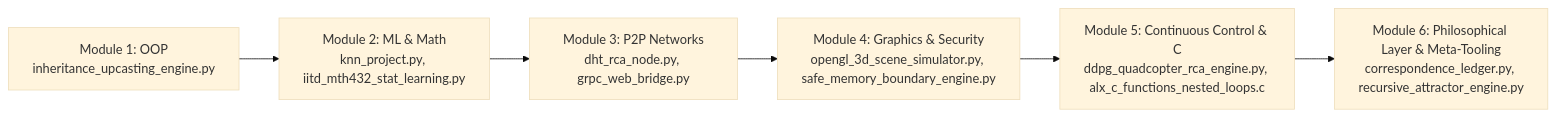
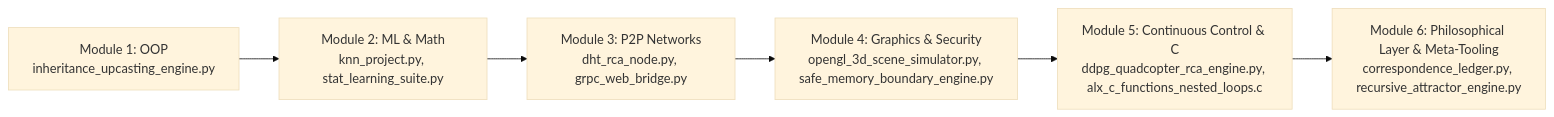
One commit to OmnisMutus/recursive-symbolics changed the diagram in corpus/studies/master_study_and_onboarding_manual.md. Above: the diagram before and after it, drawn with Mermaid (base theme). The commit also changed other lines of this file and 37 other files, not shown here.

````diff
--- a/corpus/studies/master_study_and_onboarding_manual.md
+++ b/corpus/studies/master_study_and_onboarding_manual.md
@@ -110,8 +110,8 @@
 ```mermaid
 graph LR
-    M1["Module 1: OOP<br/>inheritance_upcasting_engine.py"] --> M2["Module 2: ML & Math<br/>knn_project.py, iitd_mth432_stat_learning.py"]
+    M1["Module 1: OOP<br/>inheritance_upcasting_engine.py"] --> M2["Module 2: ML & Math<br/>knn_project.py, stat_learning_suite.py"]
     M2 --> M3["Module 3: P2P Networks<br/>dht_rca_node.py, grpc_web_bridge.py"]
     M3 --> M4["Module 4: Graphics & Security<br/>opengl_3d_scene_simulator.py, safe_memory_boundary_engine.py"]
     M4 --> M5["Module 5: Continuous Control & C<br/>ddpg_quadcopter_rca_engine.py, alx_c_functions_nested_loops.c"]
     M5 --> M6["Module 6: Philosophical Layer & Meta-Tooling<br/>correspondence_ledger.py, recursive_attractor_engine.py"]
 ```
````
